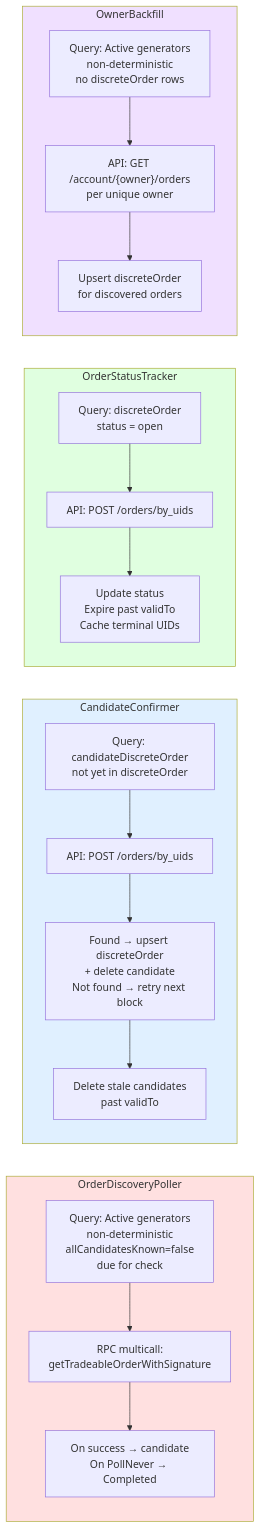
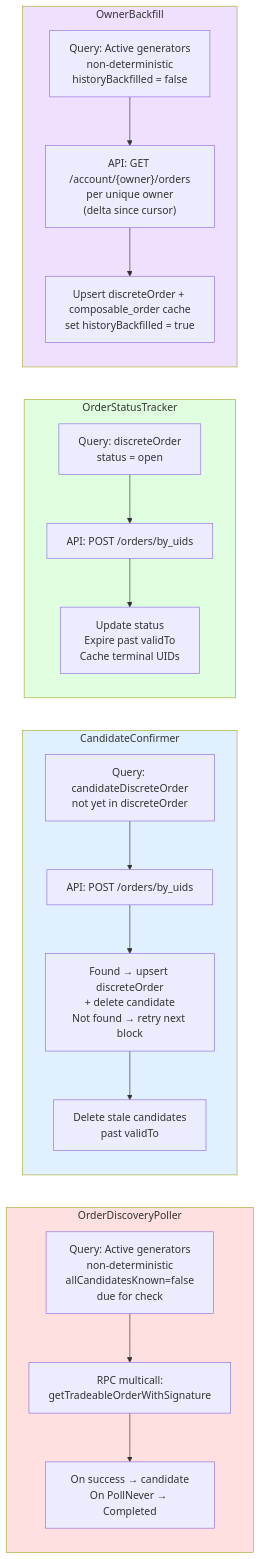
Before and after one commit to bleu/cow-programmatic-orders-api: the third of 7 diagrams in agent_docs/orderbook-integration-flow.md, drawn with Mermaid. The commit also changed other lines of this file and 2 other files, not shown here.

First line of the commit message:
docs: reflect incremental backfill + durable composable_order cache (COW-1117)

````diff
--- a/agent_docs/orderbook-integration-flow.md
+++ b/agent_docs/orderbook-integration-flow.md
@@ -488,40 +509,40 @@
 ```mermaid
 flowchart LR
     subgraph OrderDiscoveryPoller["OrderDiscoveryPoller"]
         direction TB
         C1Q["Query: Active generators<br/>non-deterministic<br/>allCandidatesKnown=false<br/>due for check"]
         C1M["RPC multicall:<br/>getTradeableOrderWithSignature"]
         C1R["On success → candidate<br/>On PollNever → Completed"]
         C1Q --> C1M --> C1R
     end
 
     subgraph CandidateConfirmer["CandidateConfirmer"]
         direction TB
         C2Q["Query: candidateDiscreteOrder<br/>not yet in discreteOrder"]
         C2F["API: POST /orders/by_uids"]
         C2U["Found → upsert discreteOrder<br/>+ delete candidate<br/>Not found → retry next block"]
         C2X["Delete stale candidates<br/>past validTo"]
         C2Q --> C2F --> C2U --> C2X
     end
 
     subgraph OrderStatusTracker["OrderStatusTracker"]
         direction TB
         C3Q["Query: discreteOrder<br/>status = open"]
         C3F["API: POST /orders/by_uids"]
         C3U["Update status<br/>Expire past validTo<br/>Cache terminal UIDs"]
         C3Q --> C3F --> C3U
     end
 
     subgraph OwnerBackfill["OwnerBackfill"]
         direction TB
-        C4Q["Query: Active generators<br/>non-deterministic<br/>no discreteOrder rows"]
-        C4F["API: GET /account/{owner}/orders<br/>per unique owner"]
-        C4U["Upsert discreteOrder<br/>for discovered orders"]
+        C4Q["Query: Active generators<br/>non-deterministic<br/>historyBackfilled = false"]
+        C4F["API: GET /account/{owner}/orders<br/>per unique owner<br/>(delta since cursor)"]
+        C4U["Upsert discreteOrder + composable_order cache<br/>set historyBackfilled = true"]
         C4Q --> C4F --> C4U
     end
 
     style OrderDiscoveryPoller fill:#ffe0e0
     style CandidateConfirmer fill:#e0f0ff
     style OrderStatusTracker fill:#e0ffe0
     style OwnerBackfill fill:#f0e0ff
 ```
````
